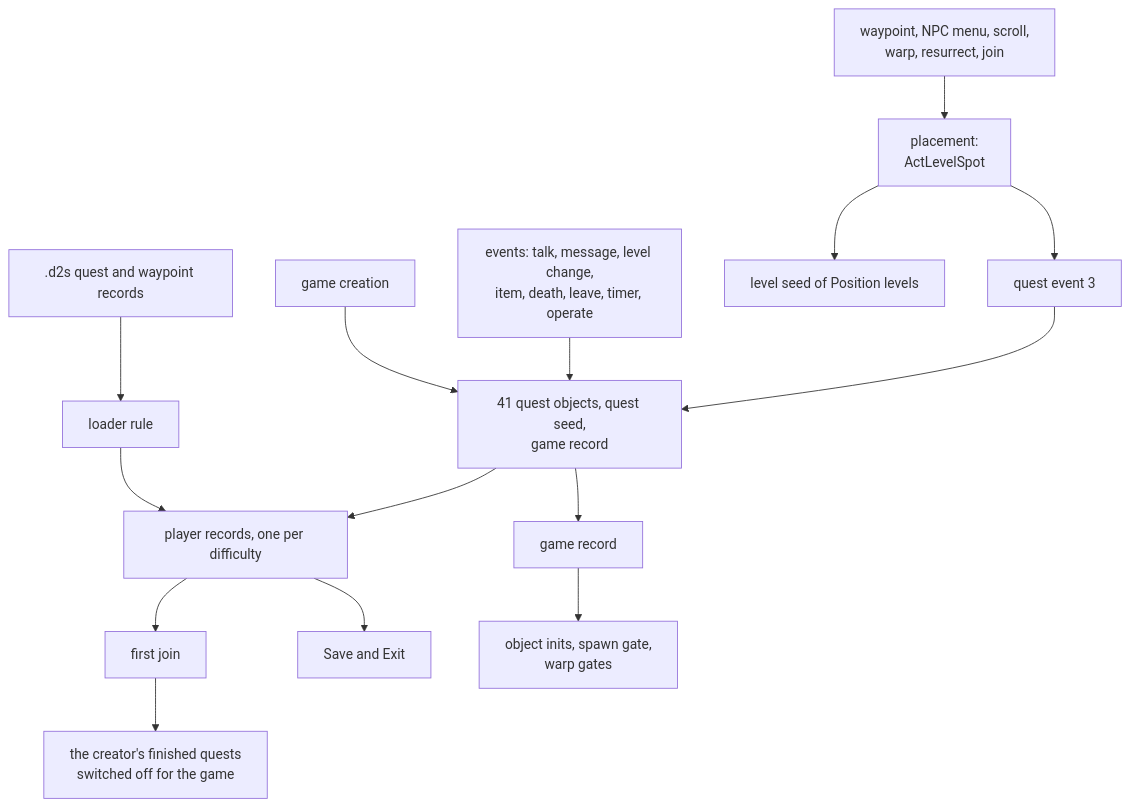
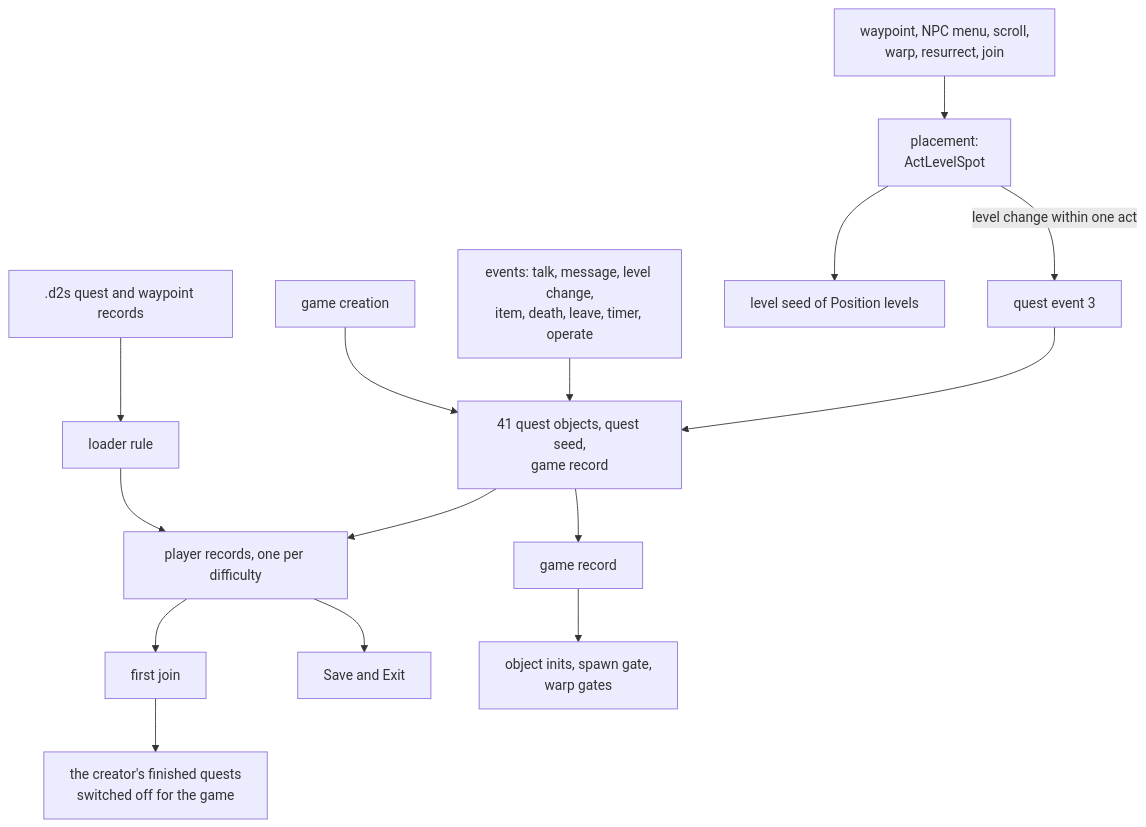
One commit to IgorKonovalov/diablo-2-recompilation changed the diagram in docs/specs/quests/README.md. Above: the diagram before and after it, drawn with Mermaid. The commit also changed 3 other files, not shown here.

Commit message:
docs(plans): plan 0066 Phase 3 quests cluster review (Tier A, accept with fixes 4): Move first's note and the Warriv e3 call scoped to its word-6 test, README diagram's e3 edge to a level change within one act

````diff
--- a/docs/specs/quests/README.md
+++ b/docs/specs/quests/README.md
@@ -38,17 +38,17 @@
 ```mermaid
 flowchart TD
   save[".d2s quest and waypoint records"] --> load["loader rule"]
   load --> rec["player records, one per difficulty"]
   create["game creation"] --> qobj["41 quest objects, quest seed,<br/>game record"]
   join["first join"] --> off["the creator's finished quests<br/>switched off for the game"]
   rec --> join
   ev["events: talk, message, level change,<br/>item, death, leave, timer, operate"] --> qobj
   qobj --> rec
   qobj --> grec["game record"]
   grec --> readers["object inits, spawn gate,<br/>warp gates"]
   click["waypoint, NPC menu, scroll,<br/>warp, resurrect, join"] --> place["placement:<br/>ActLevelSpot"]
   place --> lseed["level seed of Position levels"]
-  place --> e3["quest event 3"]
+  place -->|"level change within one act"| e3["quest event 3"]
   e3 --> qobj
   rec --> out["Save and Exit"]
 ```
````
